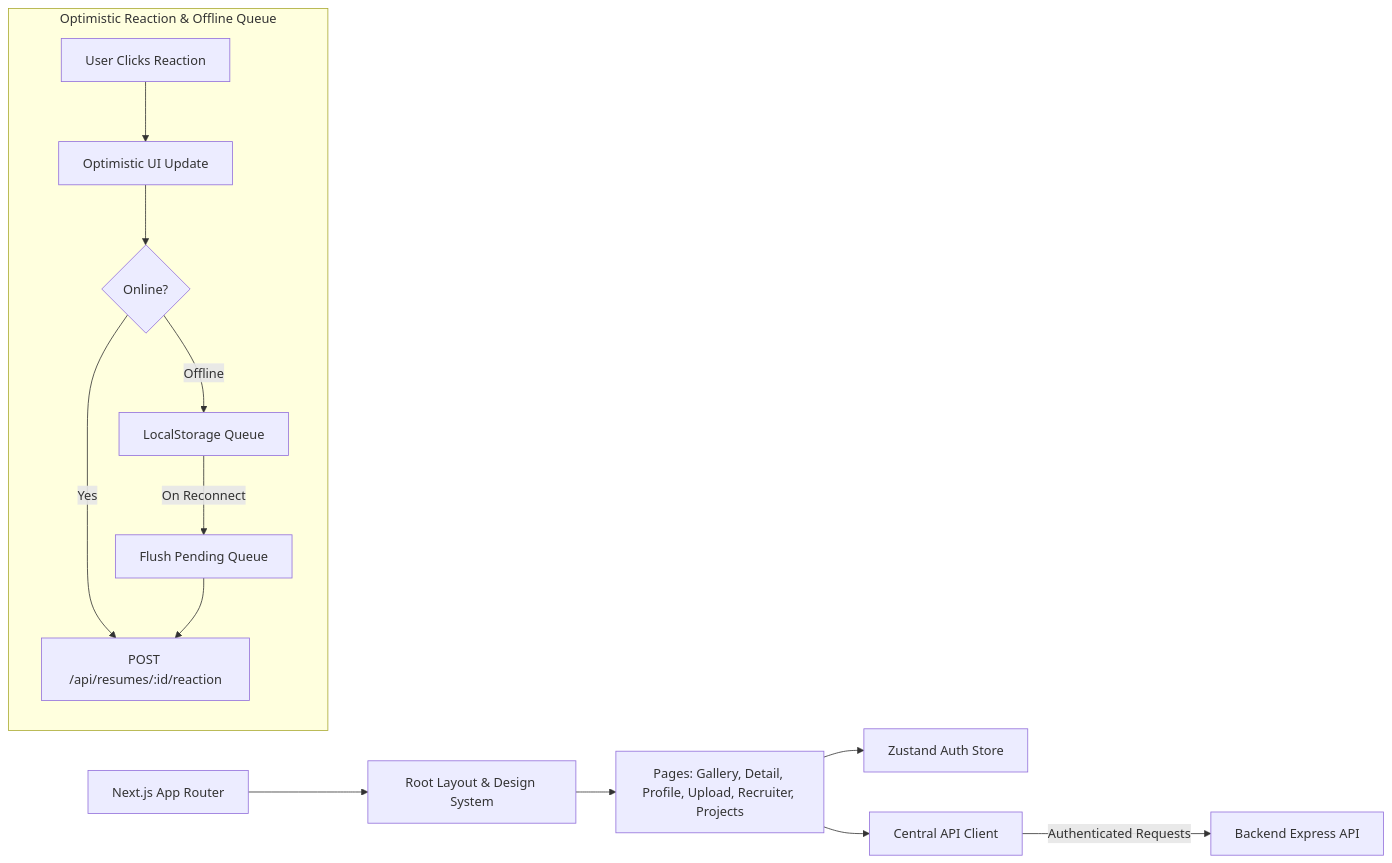
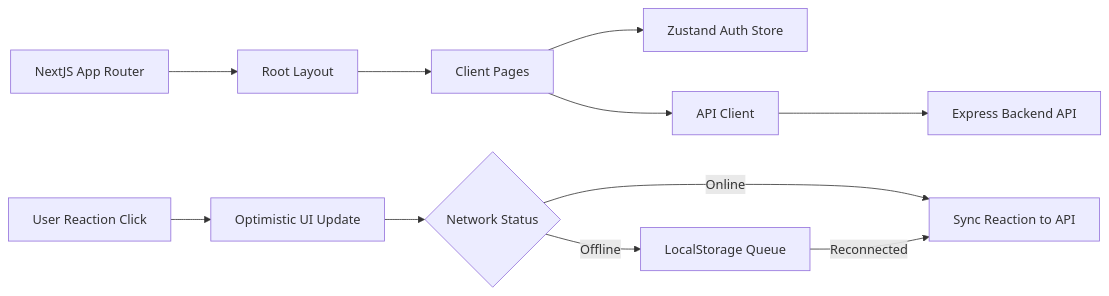
The third of 3 diagrams in README.md (Arindam-Roy2004/RoastForge), drawn with Mermaid before and after one commit. The commit also changed other lines of this file, not shown here.

Commit message:
fix(docs): simplify Mermaid syntax for GitHub rendering compatibility

````diff
--- a/README.md
+++ b/README.md
@@ -140,18 +140,15 @@
 ```mermaid
 flowchart LR
-    AppRouter["Next.js App Router"] --> Layout["Root Layout & Design System"]
-    Layout --> Pages["Pages: Gallery, Detail, Profile, Upload, Recruiter, Projects"]
+    AppRouter["NextJS App Router"] --> Layout["Root Layout"]
+    Layout --> Pages["Client Pages"]
     Pages --> AuthStore["Zustand Auth Store"]
-    Pages --> ApiClient["Central API Client"]
+    Pages --> ApiClient["API Client"]
 
-    ApiClient -->|Authenticated Requests| BackendAPI["Backend Express API"]
+    ApiClient --> API["Express Backend API"]
 
-    subgraph ReactionFlow["Optimistic Reaction & Offline Queue"]
-        UserClick["User Clicks Reaction"] --> Optimistic["Optimistic UI Update"]
-        Optimistic --> NetworkCheck{"Online?"}
-        NetworkCheck -->|Yes| ReactReq["POST /api/resumes/:id/reaction"]
-        NetworkCheck -->|Offline| OfflineQueue["LocalStorage Queue"]
-        OfflineQueue -->|On Reconnect| Flush["Flush Pending Queue"]
-        Flush --> ReactReq
-    end
+    UserClick["User Reaction Click"] --> Optimistic["Optimistic UI Update"]
+    Optimistic --> NetworkCheck{"Network Status"}
+    NetworkCheck -->|Online| SyncAPI["Sync Reaction to API"]
+    NetworkCheck -->|Offline| OfflineQueue["LocalStorage Queue"]
+    OfflineQueue -->|Reconnected| SyncAPI
 ```
````
